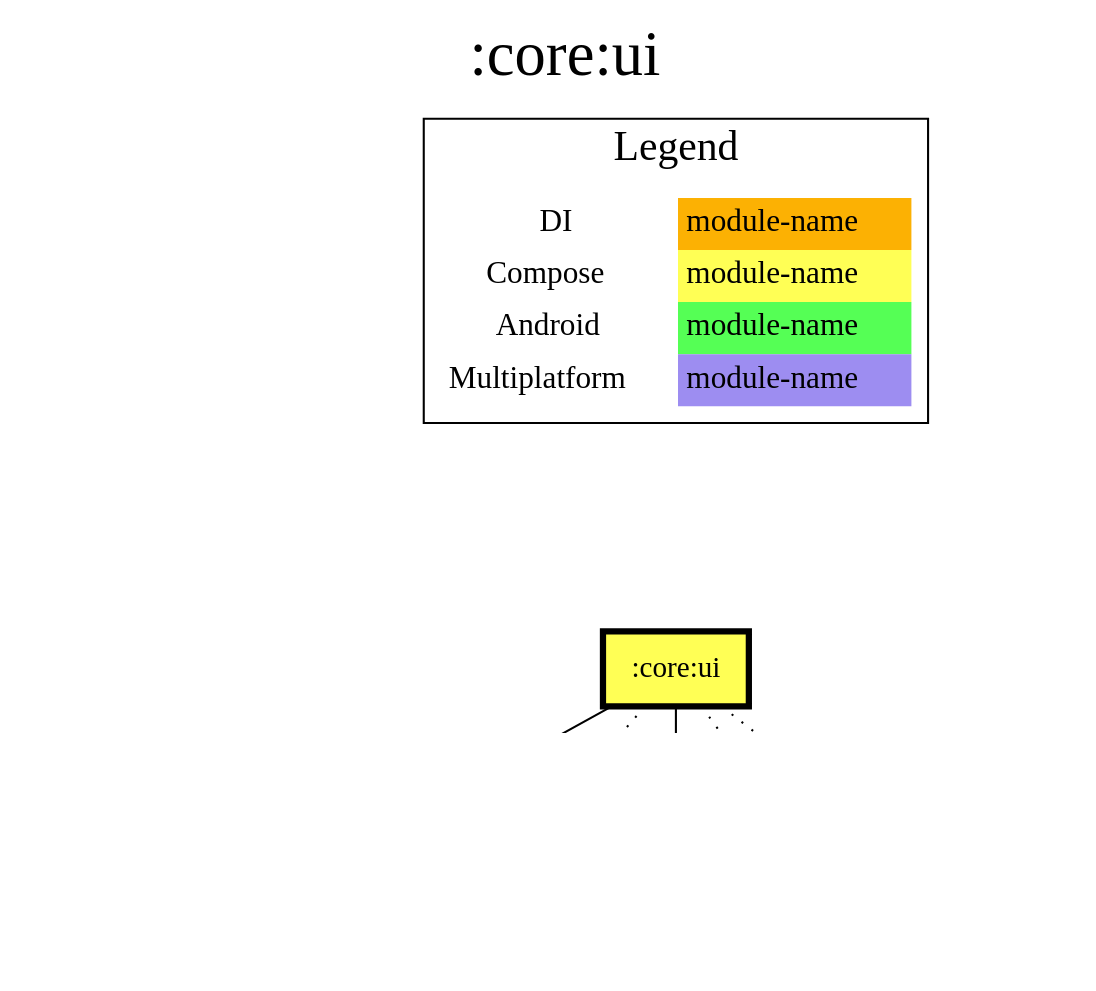
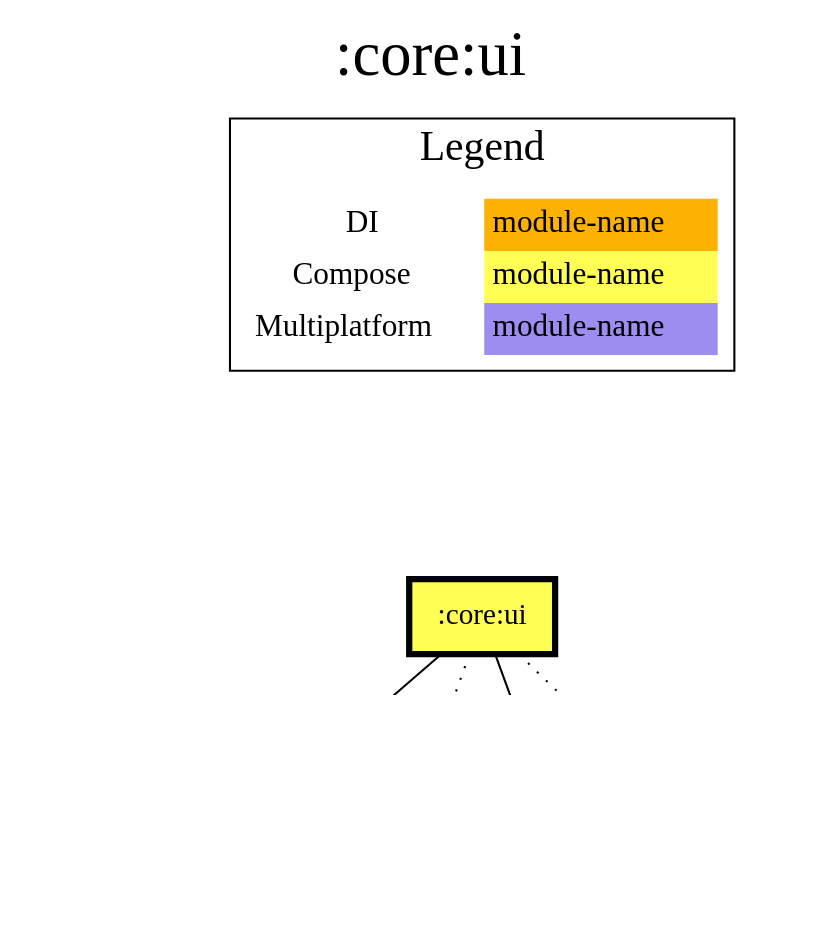
The diagram in modules/core/ui/modules.dot (jonapoul/aktual), drawn with Graphviz before and after one commit. The commit also changed 477 other files, not shown here.

```diff
--- a/modules/core/ui/modules.dot
+++ b/modules/core/ui/modules.dot
@@ -1,33 +1,30 @@
 digraph {
 edge ["dir"="forward"]
 graph ["dpi"="100","label"=":core:ui","labelloc"="t","fontsize"="30","ranksep"="1.5","rankdir"="TB"]
 node ["style"="filled"]
 ":budget:model" ["fillcolor"="#9D8DF1","shape"="none"]
-":core:android" ["fillcolor"="#55FF55","shape"="none"]
+":core:di" ["fillcolor"="#FCB103","shape"="none"]
 ":core:model" ["fillcolor"="#9D8DF1","shape"="none"]
 ":core:ui" ["fillcolor"="#FFFF55","color"="black","penwidth"="3","shape"="box"]
-":di:core" ["fillcolor"="#FCB103","shape"="none"]
 ":l10n" ["fillcolor"="#9D8DF1","shape"="none"]
 {
 edge ["dir"="none"]
 graph ["rank"="same"]
 ":core:ui"
 }
 ":core:ui" -> ":budget:model"
-":core:ui" -> ":core:android" ["style"="dotted"]
+":core:ui" -> ":core:di" ["style"="dotted"]
 ":core:ui" -> ":core:model"
-":core:ui" -> ":di:core" ["style"="dotted"]
 ":core:ui" -> ":l10n" ["style"="dotted"]
 subgraph "cluster_legend" {
 edge ["dir"="none"]
 graph ["label"="Legend","fontsize"="20"]
 "Legend" ["style"="filled","fillcolor"="#FFFFFF","shape"="none","margin"="0","fontsize"="15","label"=<
 <TABLE BORDER="0" CELLBORDER="0" CELLSPACING="0" CELLPADDING="4">
 <TR><TD>DI</TD><TD BGCOLOR="#FCB103">module-name</TD></TR>
 <TR><TD>Compose</TD><TD BGCOLOR="#FFFF55">module-name</TD></TR>
-<TR><TD>Android</TD><TD BGCOLOR="#55FF55">module-name</TD></TR>
 <TR><TD>Multiplatform</TD><TD BGCOLOR="#9D8DF1">module-name</TD></TR>
 </TABLE>
 >]
 } -> ":core:ui" ["style"="invis"]
 }
```
